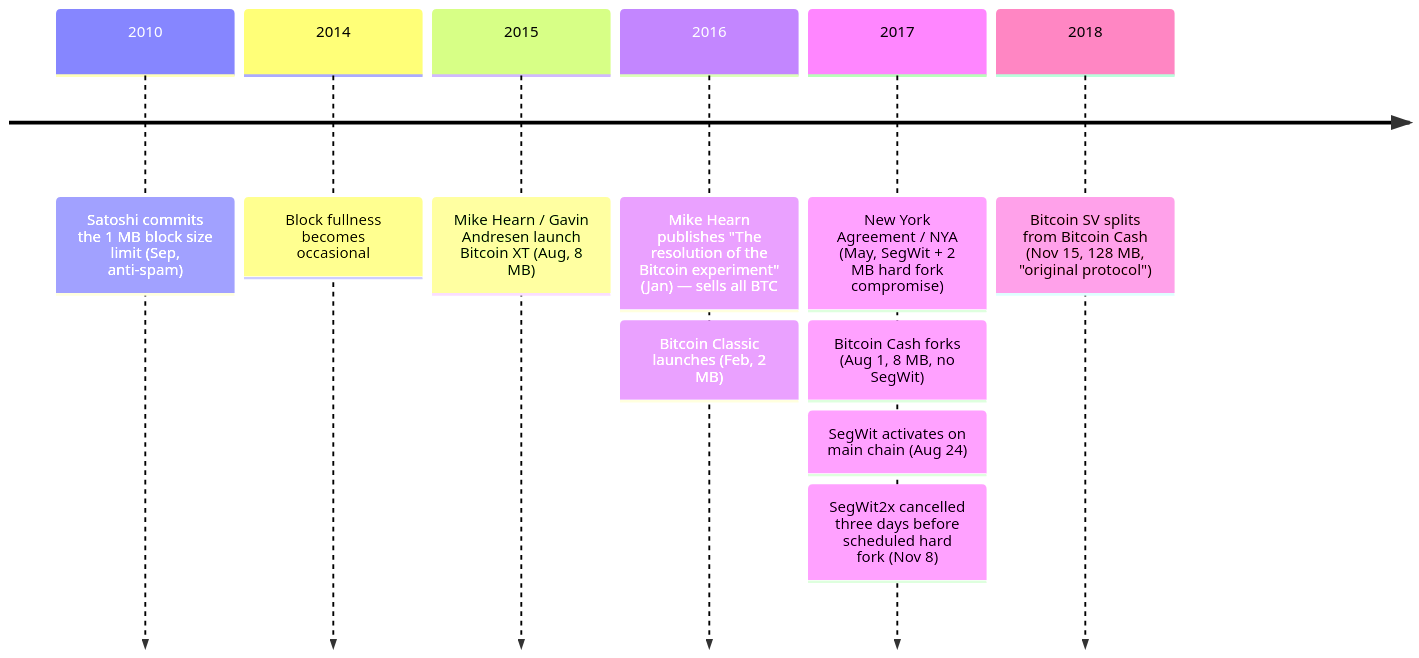
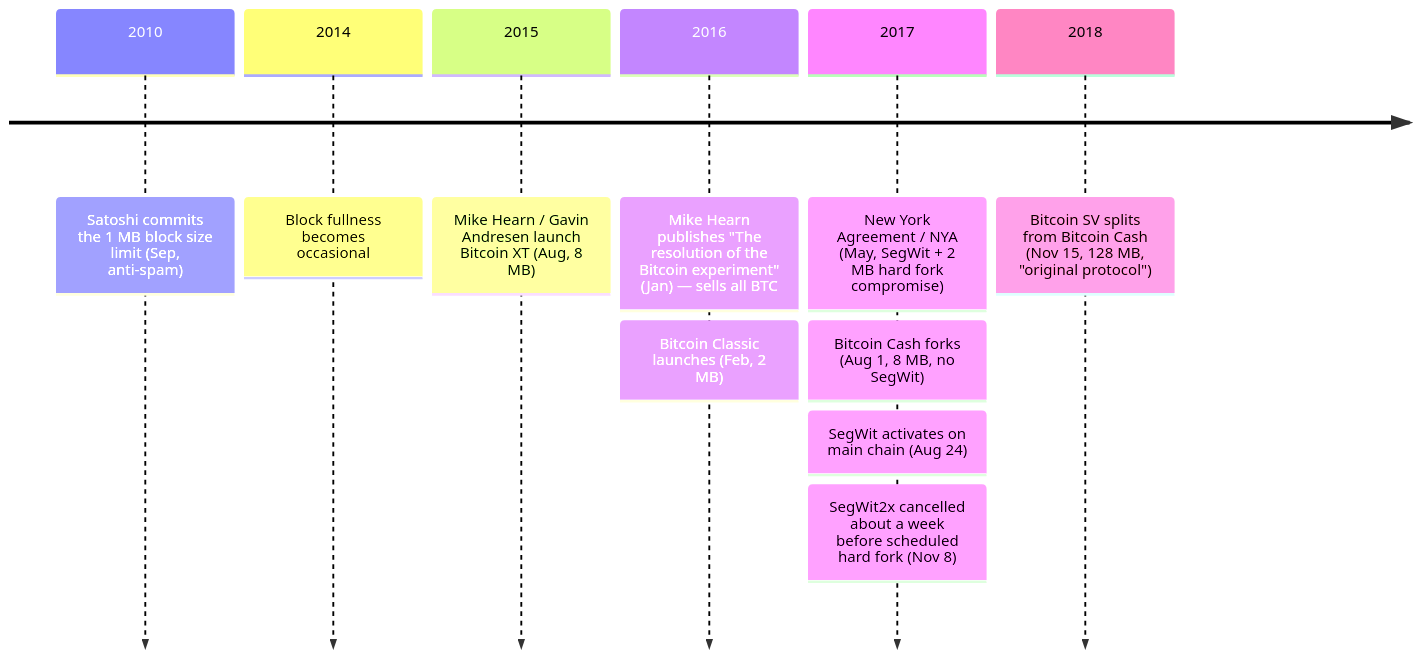
The diagram in src/data/entries/en/analysis/2008-10-31-bitcoin-fork-and-altcoin-genealogy.md (cypher256/BitcoinArchive), drawn with Mermaid before and after one commit. The commit also changed other lines of this file and 16 other files, not shown here.

````diff
--- a/src/data/entries/en/analysis/2008-10-31-bitcoin-fork-and-altcoin-genealogy.md
+++ b/src/data/entries/en/analysis/2008-10-31-bitcoin-fork-and-altcoin-genealogy.md
@@ -131,20 +131,20 @@
 ```mermaid
 timeline
     2010 : Satoshi commits the 1 MB block size limit (Sep, anti-spam)
     %% link: /BitcoinArchive/entries/forum/bitcointalk/topic-1347/2010-10-03-re-increase-block-size-limit/
     2014 : Block fullness becomes occasional
     2015 : Mike Hearn / Gavin Andresen launch Bitcoin XT (Aug, 8 MB)
     %% link: /BitcoinArchive/entries/aftermath/2015-08-15-bitcoin-xt-launch/
     2016 : Mike Hearn publishes "The resolution of the Bitcoin experiment" (Jan) — sells all BTC
     %% link: /BitcoinArchive/entries/aftermath/2016-01-14-mike-hearn-resolution-bitcoin-experiment/
          : Bitcoin Classic launches (Feb, 2 MB)
     2017 : New York Agreement / NYA (May, SegWit + 2 MB hard fork compromise)
          : Bitcoin Cash forks (Aug 1, 8 MB, no SegWit)
     %% link: /BitcoinArchive/entries/aftermath/2017-08-01-bitcoin-cash-fork/
          : SegWit activates on main chain (Aug 24)
     %% link: /BitcoinArchive/entries/bip/2015-12-21-bip-0141/
-         : SegWit2x cancelled three days before scheduled hard fork (Nov 8)
+         : SegWit2x cancelled about a week before scheduled hard fork (Nov 8)
     %% link: /BitcoinArchive/entries/aftermath/2017-11-08-segwit2x-cancellation/
     2018 : Bitcoin SV splits from Bitcoin Cash (Nov 15, 128 MB, "original protocol")
     %% link: /BitcoinArchive/entries/aftermath/2018-11-15-bitcoin-sv-fork/
 ```
````
